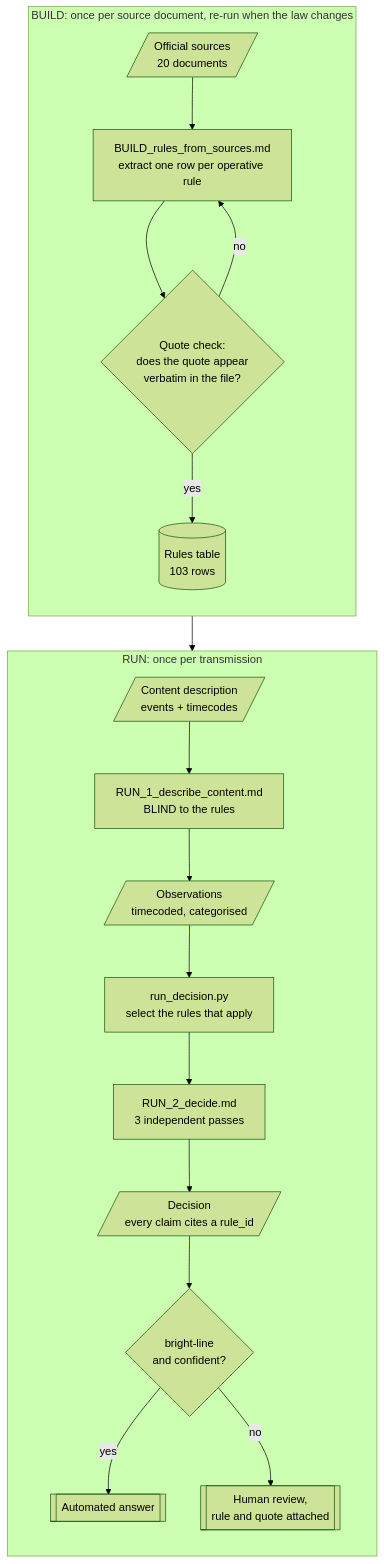
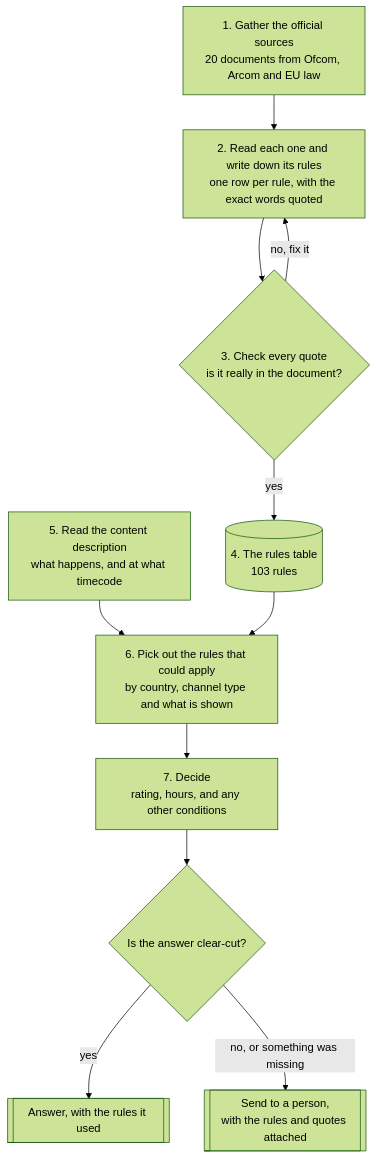
The first of 2 diagrams in HOW_IT_WORKS.md (tpeckerman/paramount_assignment), drawn with Mermaid (forest theme) before and after one commit. The commit also changed other lines of this file, not shown here.

````diff
--- a/HOW_IT_WORKS.md
+++ b/HOW_IT_WORKS.md
@@ -7,23 +10,21 @@
 ```mermaid
 flowchart TB
-    subgraph BUILD ["BUILD: once per source document, re-run when the law changes"]
-        direction TB
-        S1[/"Official sources<br/>20 documents"/] --> S2["BUILD_rules_from_sources.md<br/>extract one row per operative rule"]
-        S2 --> S3{"Quote check:<br/>does the quote appear<br/>verbatim in the file?"}
-        S3 -- no --> S2
-        S3 -- yes --> S4[("Rules table<br/>103 rows")]
-    end
+    S1["1. Gather the official sources<br/>20 documents from Ofcom, Arcom and EU law"]
+    S2["2. Read each one and write down its rules<br/>one row per rule, with the exact words quoted"]
+    S3{"3. Check every quote<br/>is it really in the document?"}
+    S4[("4. The rules table<br/>103 rules")]
+    S1 --> S2 --> S3
+    S3 -- "no, fix it" --> S2
+    S3 -- yes --> S4
 
-    subgraph RUN ["RUN: once per transmission"]
-        direction TB
-        R1[/"Content description<br/>events + timecodes"/] --> R2["RUN_1_describe_content.md<br/>BLIND to the rules"]
-        R2 --> R3[/"Observations<br/>timecoded, categorised"/]
-        R3 --> R4["run_decision.py<br/>select the rules that apply"]
-        S4 --> R4
-        R4 --> R5["RUN_2_decide.md<br/>3 independent passes"]
-        R5 --> R6[/"Decision<br/>every claim cites a rule_id"/]
-        R6 --> R7{"bright-line<br/>and confident?"}
-        R7 -- yes --> R8[["Automated answer"]]
-        R7 -- no --> R9[["Human review,<br/>rule and quote attached"]]
-    end
+    S5["5. Read the content description<br/>what happens, and at what timecode"]
+    S6["6. Pick out the rules that could apply<br/>by country, channel type and what is shown"]
+    S7["7. Decide<br/>rating, hours, and any other conditions"]
+    S8{"Is the answer clear-cut?"}
+    S9[["Answer, with the rules it used"]]
+    S10[["Send to a person,<br/>with the rules and quotes attached"]]
+    S5 --> S6 --> S7 --> S8
+    S4 --> S6
+    S8 -- yes --> S9
+    S8 -- "no, or something was missing" --> S10
 ```
````
